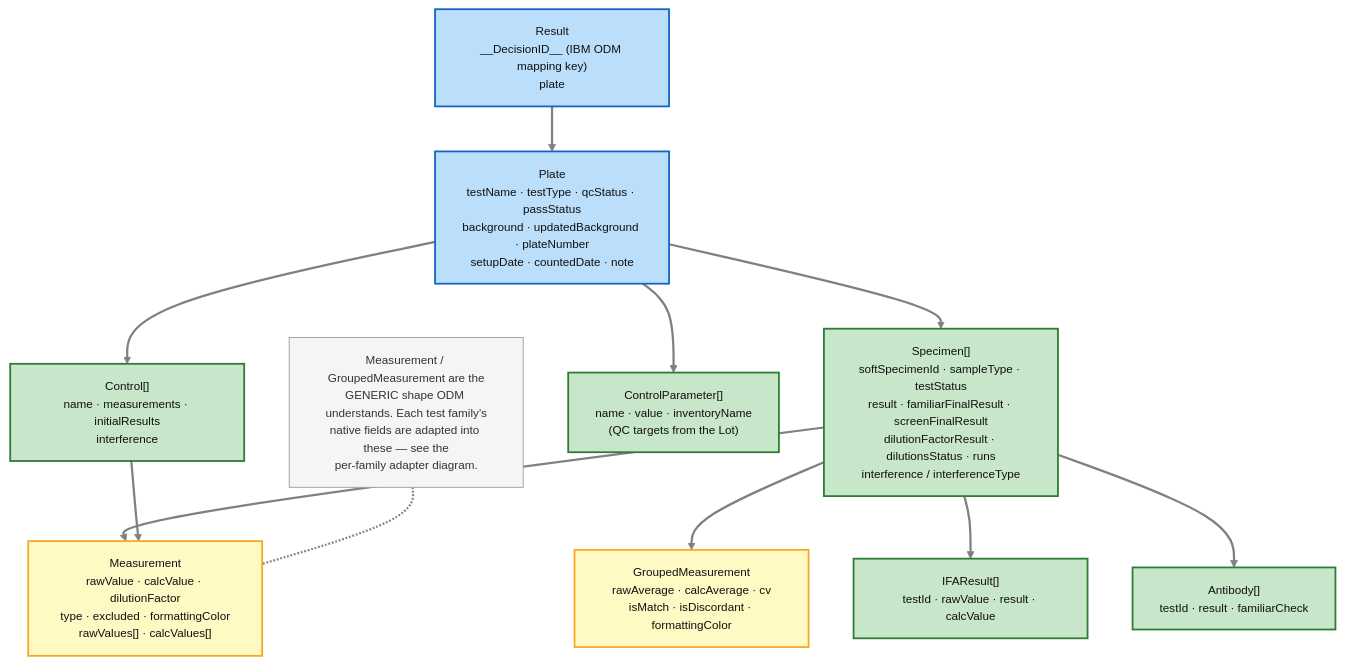
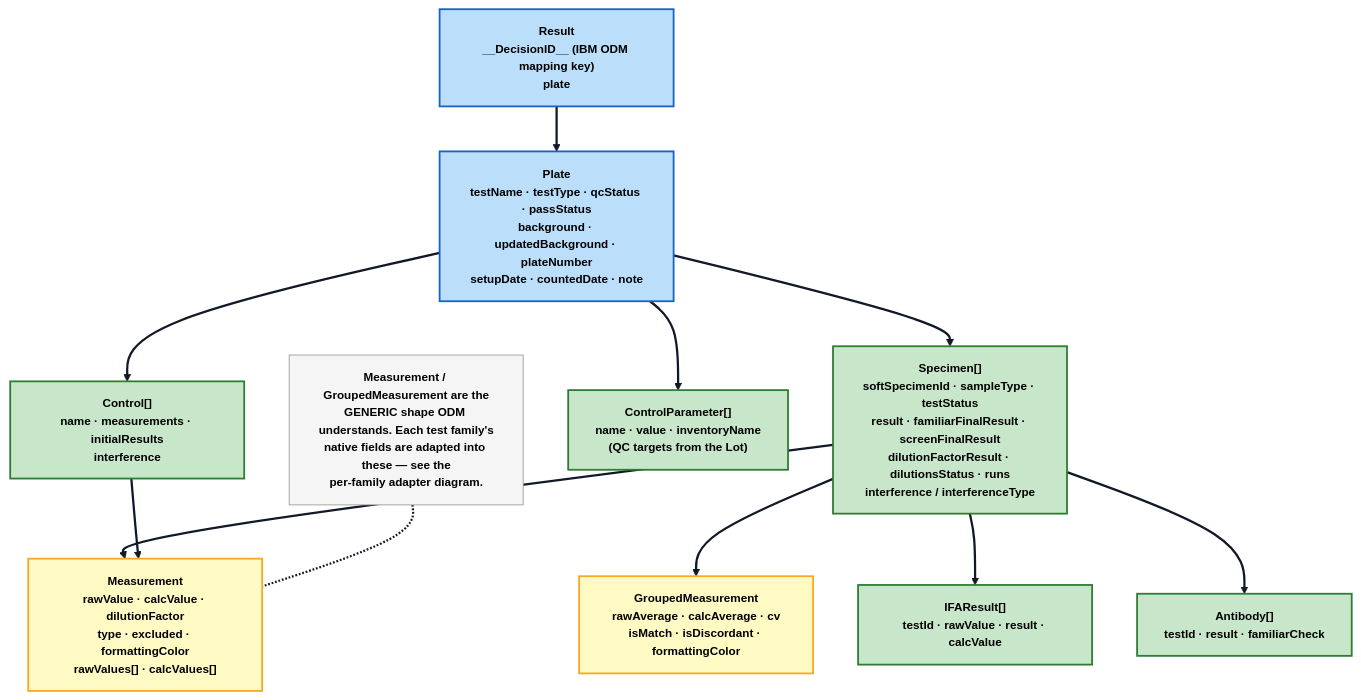
The second of 5 diagrams in src/assets/pages/app-resources/nerds/appDetails/00step/review-stage/odm-payload-mapping.md (fengyanglin09/my-work-dashboard-app), drawn with Mermaid before and after one commit. The commit also changed other lines of this file and 35 other files, not shown here.

Commit message:
Add new mermaid diagrams for workflow and testing processes

````diff
--- a/src/assets/pages/app-resources/nerds/appDetails/00step/review-stage/odm-payload-mapping.md
+++ b/src/assets/pages/app-resources/nerds/appDetails/00step/review-stage/odm-payload-mapping.md
@@ -72,33 +72,33 @@
 ```mermaid
-%%{init: {"theme":"base", "themeVariables":{"background":"#ffffff","lineColor":"#808080","edgeLabelBackground":"#ffffff","fontSize":"13px"}, "flowchart":{"curve":"basis"}}}%%
+%%{init: {"theme":"base", "themeVariables":{"background":"#ffffff","mainBkg":"#ffffff","primaryColor":"#f8fafc","primaryTextColor":"#000000","primaryBorderColor":"#111827","secondaryColor":"#f8fafc","secondaryTextColor":"#000000","secondaryBorderColor":"#111827","tertiaryColor":"#f8fafc","tertiaryTextColor":"#000000","tertiaryBorderColor":"#111827","lineColor":"#111827","defaultLinkColor":"#111827","nodeTextColor":"#000000","textColor":"#000000","titleColor":"#000000","edgeLabelBackground":"#ffffff","clusterBkg":"#f8fafc","clusterBorder":"#111827","fontSize":"13px"}, "themeCSS":".nodeLabel,.nodeLabel *,.edgeLabel,.edgeLabel *,.cluster-label,.cluster-label *,.label,.label *,foreignObject,foreignObject *,text,tspan{color:#000000 !important;fill:#000000 !important;font-weight:700 !important;}.edgeLabel rect,.labelBkg{fill:#ffffff !important;opacity:0.96 !important;}", "flowchart":{"curve":"basis","htmlLabels":false}}}%%
 flowchart TD
     R["Result<br/>__DecisionID__ (IBM ODM mapping key)<br/>plate"] --> P
 
     P["Plate<br/>testName · testType · qcStatus · passStatus<br/>background · updatedBackground · plateNumber<br/>setupDate · countedDate · note"] --> SP
     P --> CT
     P --> CP["ControlParameter[]<br/>name · value · inventoryName<br/>(QC targets from the Lot)"]
 
     SP["Specimen[]<br/>softSpecimenId · sampleType · testStatus<br/>result · familiarFinalResult · screenFinalResult<br/>dilutionFactorResult · dilutionsStatus · runs<br/>interference / interferenceType"] --> M
     SP --> GM
     SP --> IFR["IFAResult[]<br/>testId · rawValue · result · calcValue"]
     SP --> AB["Antibody[]<br/>testId · result · familiarCheck"]
 
     CT["Control[]<br/>name · measurements · initialResults<br/>interference"] --> M
 
     M["Measurement<br/>rawValue · calcValue · dilutionFactor<br/>type · excluded · formattingColor<br/>rawValues[] · calcValues[]"]
     GM["GroupedMeasurement<br/>rawAverage · calcAverage · cv<br/>isMatch · isDiscordant · formattingColor"]
 
     NOTE["Measurement / GroupedMeasurement are the<br/>GENERIC shape ODM understands. Each test family's<br/>native fields are adapted into these — see the<br/>per-family adapter diagram."] -.- M
 
-    classDef top   fill:#bbdefb,stroke:#1565c0,stroke-width:2px,color:#111111;
-    classDef mid   fill:#c8e6c9,stroke:#2e7d32,stroke-width:2px,color:#111111;
-    classDef meas  fill:#fff9c4,stroke:#f9a825,stroke-width:2px,color:#111111;
-    classDef note  fill:#f5f5f5,stroke:#9e9e9e,stroke-width:1px,color:#333333;
+    classDef top   fill:#bbdefb,stroke:#1565c0,stroke-width:2px,color:#000000,font-weight:700;
+    classDef mid   fill:#c8e6c9,stroke:#2e7d32,stroke-width:2px,color:#000000,font-weight:700;
+    classDef meas  fill:#fff9c4,stroke:#f9a825,stroke-width:2px,color:#000000,font-weight:700;
+    classDef note  fill:#f5f5f5,stroke:#9e9e9e,stroke-width:1px,color:#000000,font-weight:700;
 
     class R,P top;
     class SP,CT,CP,IFR,AB mid;
     class M,GM meas;
     class NOTE note;
 
-    linkStyle default stroke:#808080,stroke-width:2.5px
+    linkStyle default stroke:#111827,stroke-width:2.5px
 ```
````
